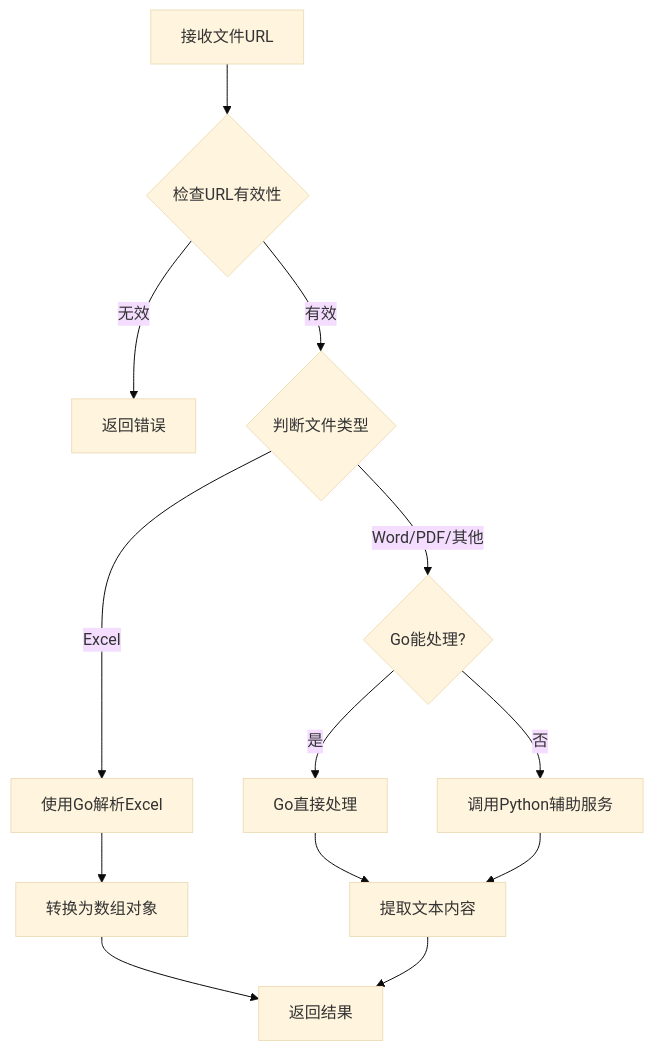
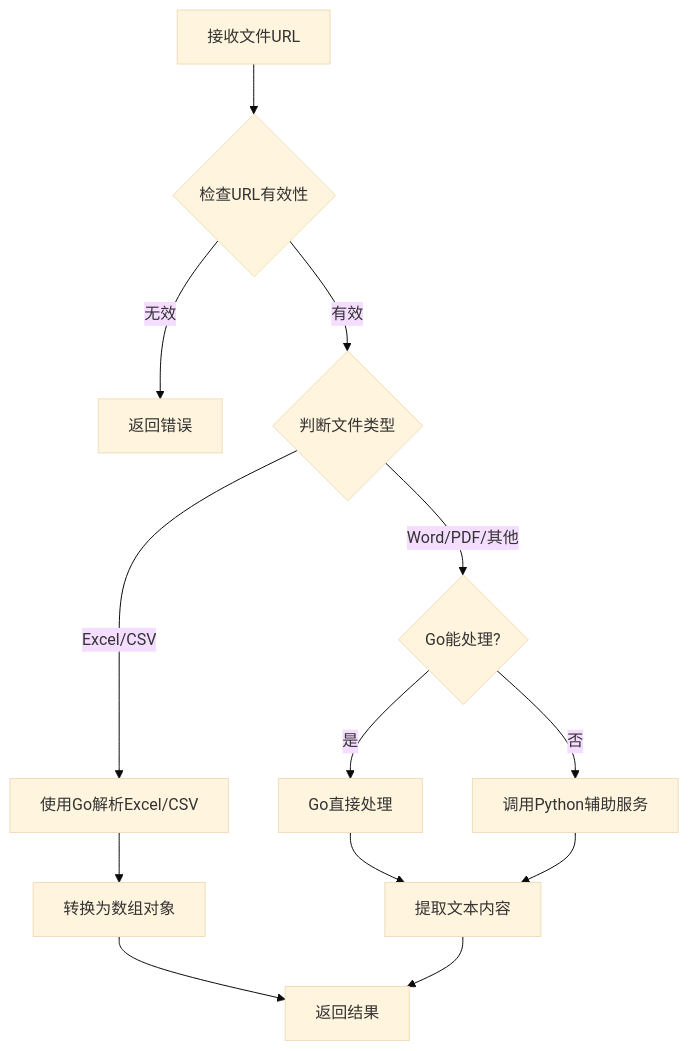
One commit to renoelis/file-url-parser changed the diagram in README.md. Above: the diagram before and after it, drawn with Mermaid (base theme). The commit also changed other lines of this file and 6 other files, not shown here.

````diff
--- a/README.md
+++ b/README.md
@@ -295,15 +311,15 @@
 ```mermaid
 graph TD
     A[接收文件URL] --> B{检查URL有效性}
     B -->|无效| C[返回错误]
     B -->|有效| D{判断文件类型}
-    D -->|Excel| E[使用Go解析Excel]
+    D -->|Excel/CSV| E[使用Go解析Excel/CSV]
     D -->|Word/PDF/其他| F{Go能处理?}
     F -->|是| G[Go直接处理]
     F -->|否| H[调用Python辅助服务]
     E --> I[转换为数组对象]
     G --> J[提取文本内容]
     H --> J
     I --> K[返回结果]
     J --> K
 ```
````
